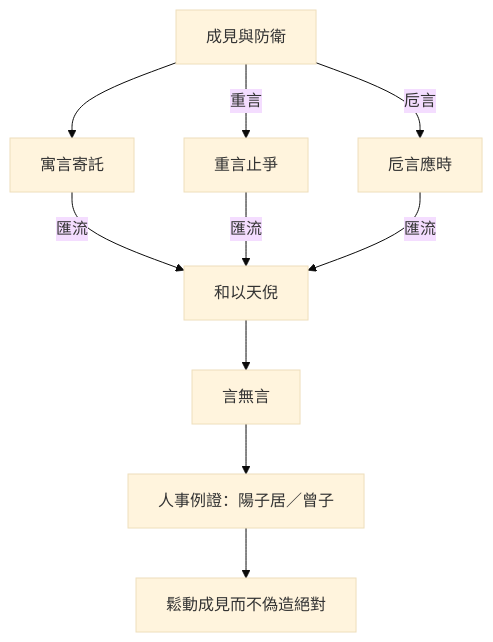
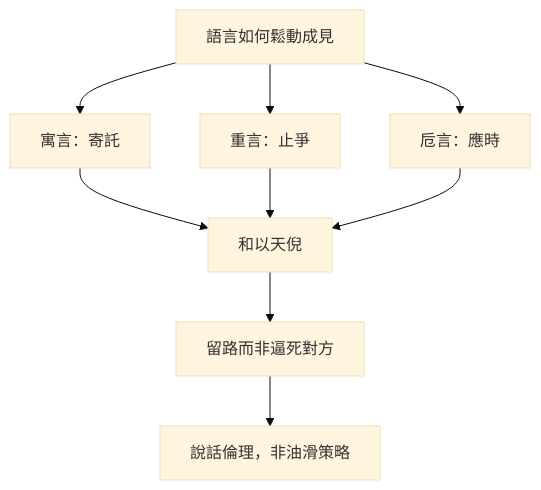
Before and after one commit to show0621/zhuangzi-atlas: the diagram in content/chapters/03-雜篇/27-寓言.md, drawn with Mermaid (base theme). The commit also changed other lines of this file and 61 other files, not shown here.

First line of the commit message:
editorial: §16 心智圖改為思想收束，與結構圖分工

````diff
--- a/content/chapters/03-雜篇/27-寓言.md
+++ b/content/chapters/03-雜篇/27-寓言.md
@@ -201,12 +202,11 @@
 ```mermaid
-flowchart TD
-  A[成見與防衛] --> B[寓言寄託]
-  A -->|重言| C[重言止爭]
-  A -->|卮言| D[卮言應時]
-  B -->|匯流| E[和以天倪]
-  C -->|匯流| E
-  D -->|匯流| E
-  E --> F[言無言]
-  F --> G[人事例證：陽子居／曾子]
-  G --> H[鬆動成見而不偽造絕對]
+flowchart TB
+  Q[語言如何鬆動成見] --> A[寓言：寄託]
+  Q --> B[重言：止爭]
+  Q --> C[卮言：應時]
+  A --> H[和以天倪]
+  B --> H
+  C --> H
+  H --> R[留路而非逼死對方]
+  R --> N[說話倫理，非油滑策略]
 ```
````
